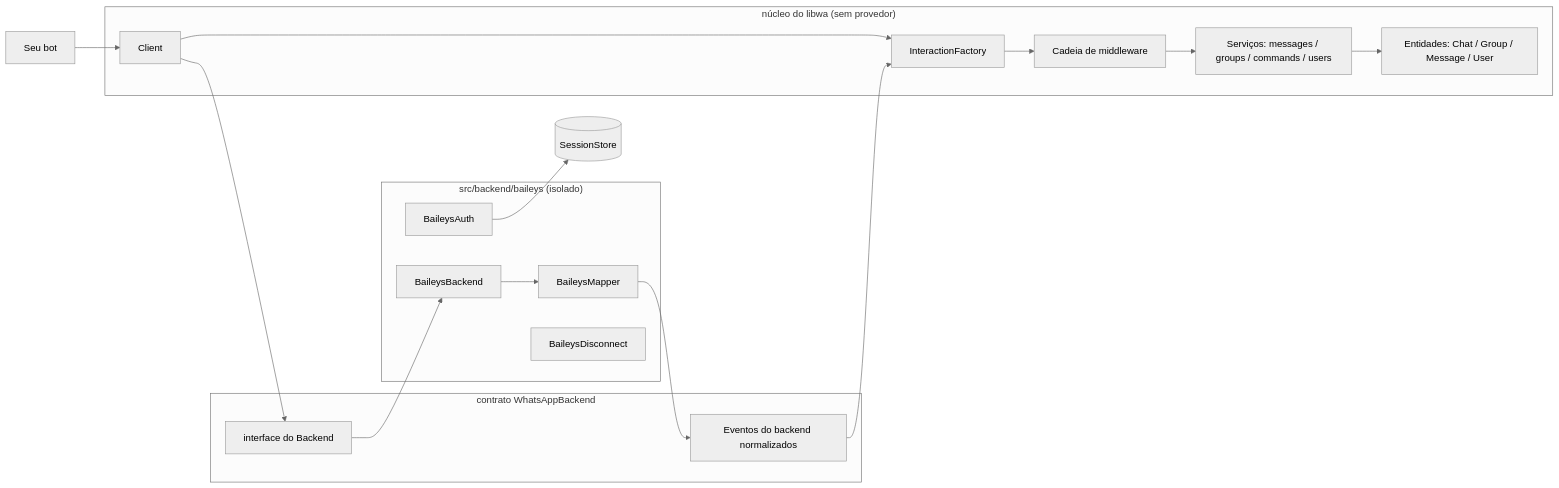
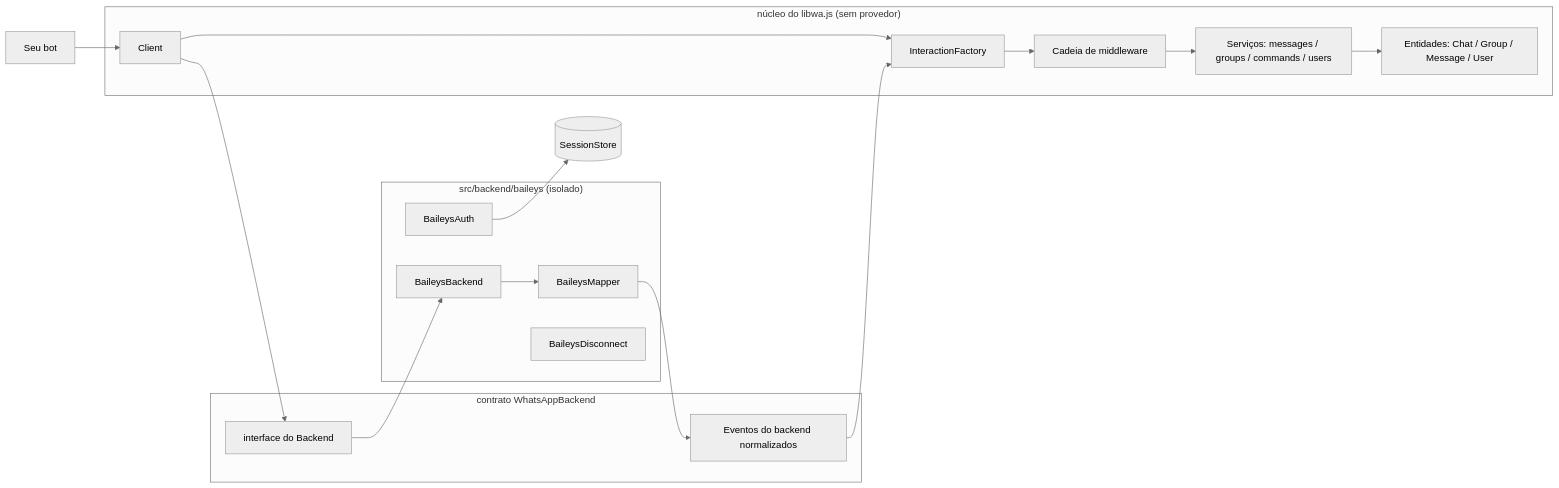
The first of 2 diagrams in pt-BR/guide/introduction.md (Gustavo10Destroyer/libwa-docs), drawn with Mermaid (neutral theme) before and after one commit. The commit also changed other lines of this file and 82 other files, not shown here.

````diff
--- a/pt-BR/guide/introduction.md
+++ b/pt-BR/guide/introduction.md
@@ -67,30 +67,30 @@
 ```mermaid
 flowchart LR
-    subgraph Core["núcleo do libwa (sem provedor)"]
+    subgraph Core["núcleo do libwa.js (sem provedor)"]
         C[Client]
         F[InteractionFactory]
         M[Cadeia de middleware]
         S[Serviços: messages / groups / commands / users]
         E[Entidades: Chat / Group / Message / User]
         C --> F --> M --> S
         S --> E
     end
 
     subgraph Contract["contrato WhatsAppBackend"]
         B[interface do Backend]
         EV[Eventos do backend normalizados]
     end
 
     subgraph Provider["src/backend/baileys (isolado)"]
         BB[BaileysBackend]
         MAP[BaileysMapper]
         AUTH[BaileysAuth]
         DISC[BaileysDisconnect]
     end
 
     APP[Seu bot] --> C
     BB --> MAP --> EV --> F
     C --> B
     B --> BB
     AUTH --> SS[(SessionStore)]
 ```
````
